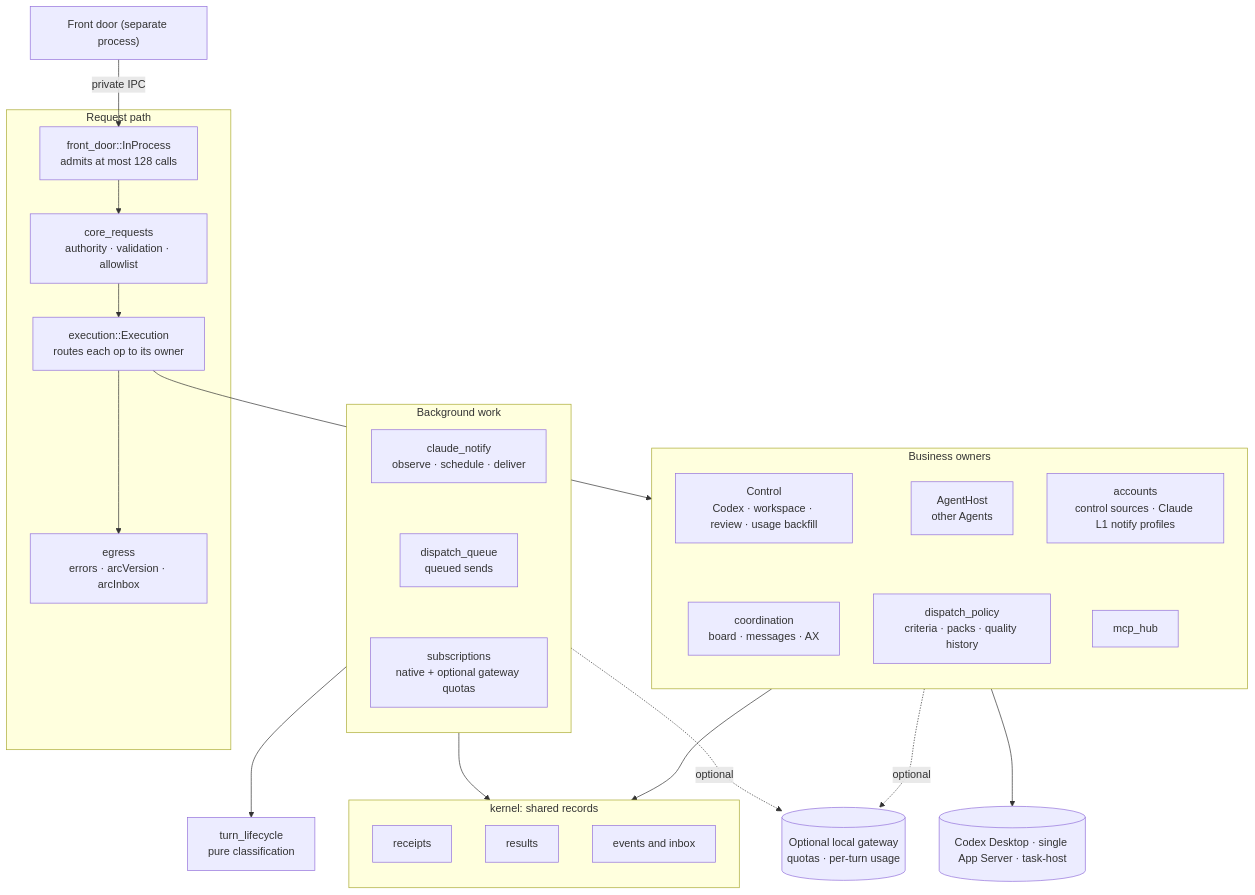
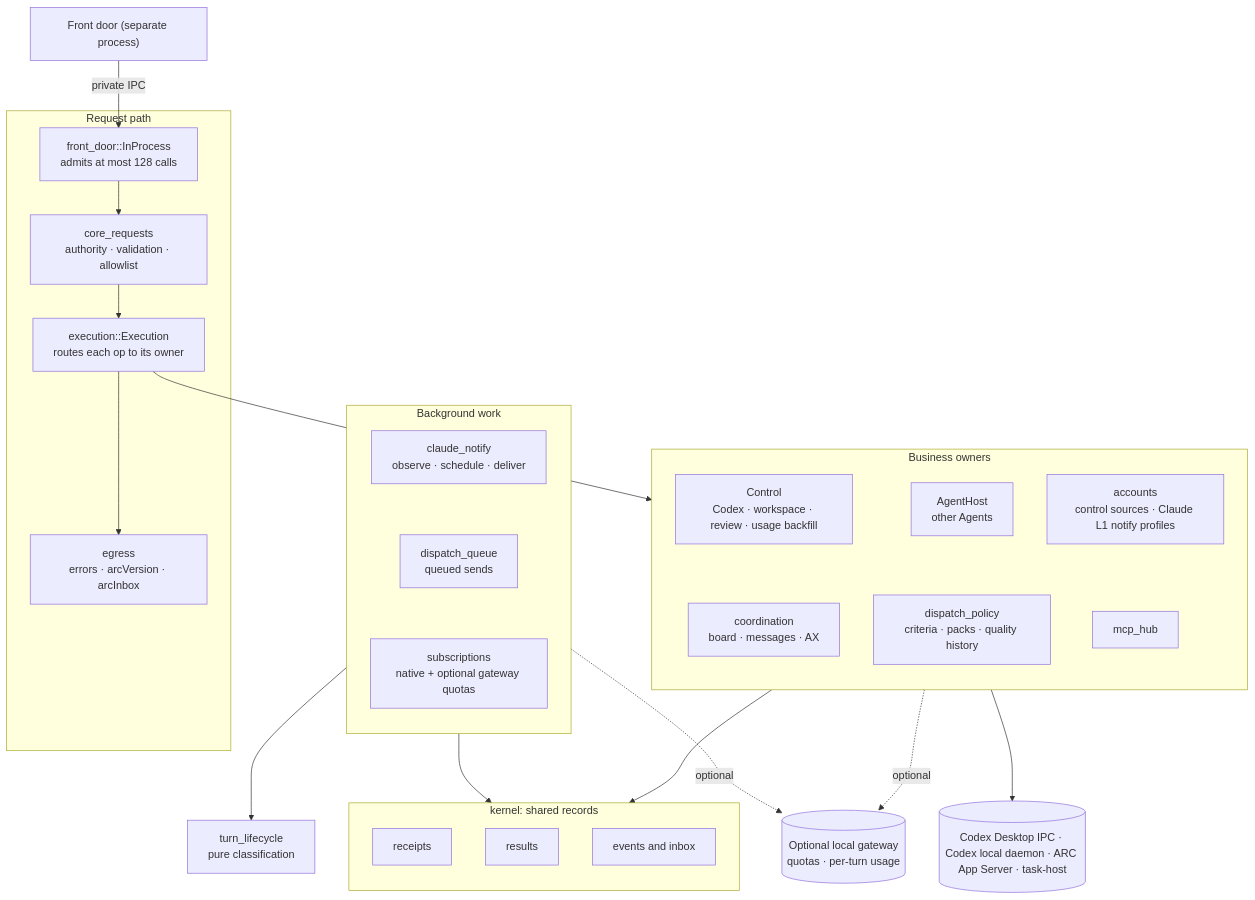
One commit to whzxc/agent-remote-control changed the diagram in arch/components/core.mmd. Above: the diagram before and after it, drawn with Mermaid. The commit also changed 13 other files, not shown here.

Commit message:
fix(codex): dispatch Desktop tasks through the shared daemon

```diff
--- a/arch/components/core.mmd
+++ b/arch/components/core.mmd
@@ -1,51 +1,51 @@
 %% Core internals (layer 1): request path, business owners, background work and shared records.
 %% Index and code mapping: docs/dev/arch-assets.md
 flowchart TB
   fdq["Front door (separate process)"]
   subgraph PATH["Request path"]
     inproc["front_door::InProcess<br/>admits at most 128 calls"]
     admit["core_requests<br/>authority · validation · allowlist"]
     exec["execution::Execution<br/>routes each op to its owner"]
     egress["egress<br/>errors · arcVersion · arcInbox"]
     inproc --> admit
     admit --> exec
     exec --> egress
   end
   subgraph OWNERS["Business owners"]
     direction TB
     control["Control<br/>Codex · workspace · review · usage backfill"]
     agenthost["AgentHost<br/>other Agents"]
     accounts["accounts<br/>control sources · Claude L1 notify profiles"]
     coord["coordination<br/>board · messages · AX"]
     policy["dispatch_policy<br/>criteria · packs · quality history"]
     hub["mcp_hub"]
     control ~~~ coord
     agenthost ~~~ policy
     accounts ~~~ hub
   end
   subgraph BG["Background work"]
     direction TB
     notify["claude_notify<br/>observe · schedule · deliver"]
     queue["dispatch_queue<br/>queued sends"]
     subs["subscriptions<br/>native + optional gateway quotas"]
     notify ~~~ queue
     queue ~~~ subs
   end
   subgraph KERNEL["kernel: shared records"]
     direction TB
     receipts["receipts"]
     results["results"]
     events["events and inbox"]
   end
   lifecycle["turn_lifecycle<br/>pure classification"]
-  ext[("Codex Desktop · single App Server · task-host")]
+  ext[("Codex Desktop IPC · Codex local daemon · ARC App Server · task-host")]
   gw[("Optional local gateway<br/>quotas · per-turn usage")]
   fdq -->|"private IPC"| inproc
   exec --> OWNERS
   OWNERS --> KERNEL
   OWNERS --> ext
   OWNERS -.->|"optional"| gw
   BG -.->|"optional"| gw
   BG --> lifecycle
   BG --> KERNEL
   class hub experimental
```
